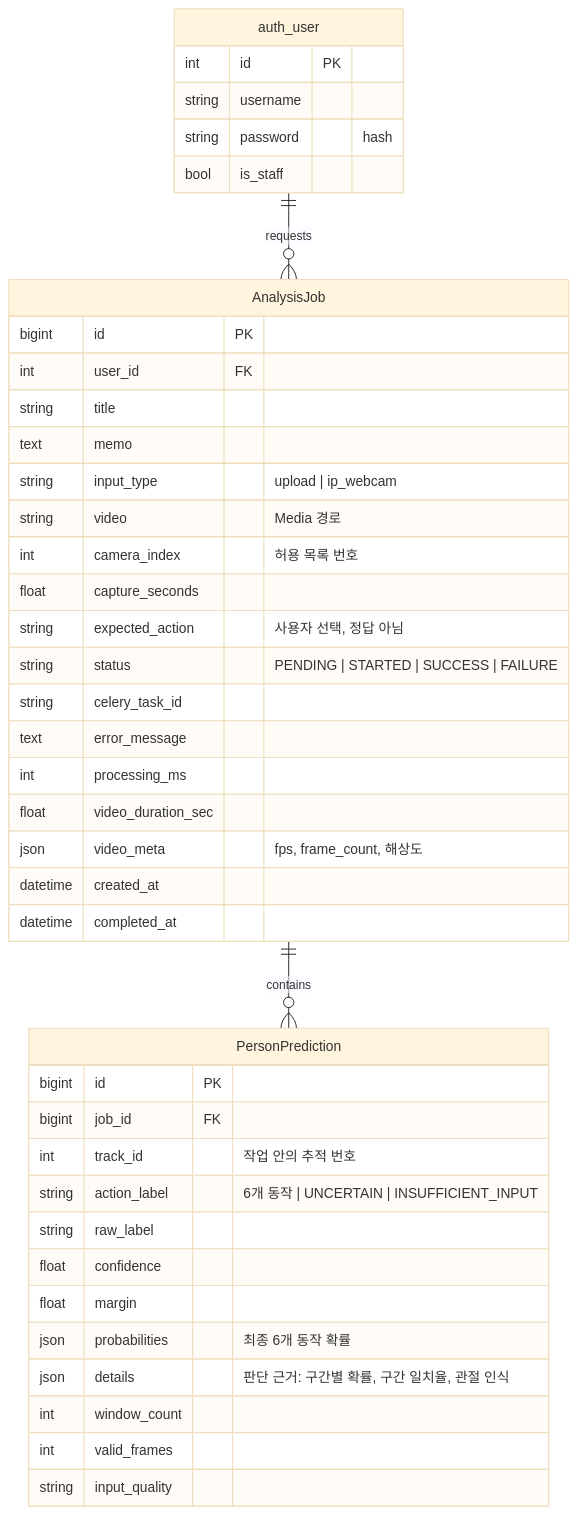
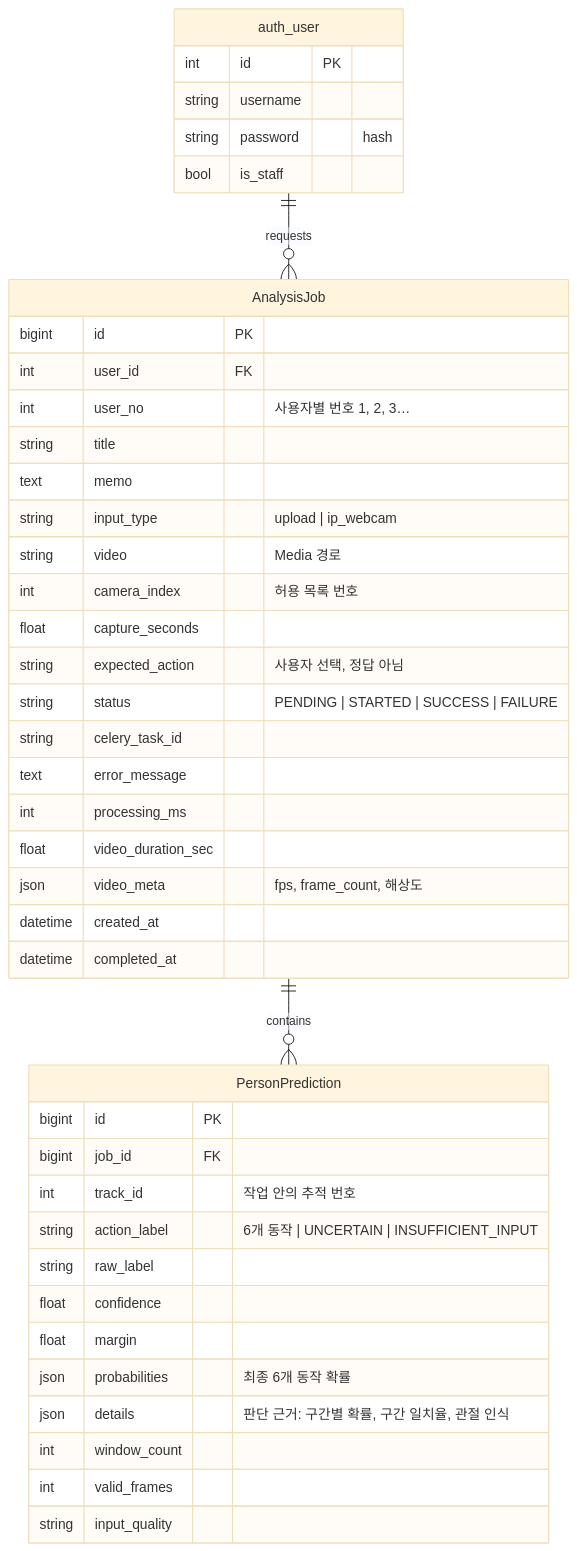
Before and after one commit to hxxdxm/vision_action_platform: the second of 3 diagrams in README.md, drawn with Mermaid (base theme). The commit also changed other lines of this file and 4 other files, not shown here.

````diff
--- a/README.md
+++ b/README.md
@@ -135,44 +135,45 @@
 ```mermaid
 erDiagram
     auth_user ||--o{ AnalysisJob : "requests"
     AnalysisJob ||--o{ PersonPrediction : "contains"
     auth_user {
         int id PK
         string username
         string password "hash"
         bool is_staff
     }
     AnalysisJob {
         bigint id PK
         int user_id FK
+        int user_no "사용자별 번호 1, 2, 3…"
         string title
         text memo
         string input_type "upload | ip_webcam"
         string video "Media 경로"
         int camera_index "허용 목록 번호"
         float capture_seconds
         string expected_action "사용자 선택, 정답 아님"
         string status "PENDING | STARTED | SUCCESS | FAILURE"
         string celery_task_id
         text error_message
         int processing_ms
         float video_duration_sec
         json video_meta "fps, frame_count, 해상도"
         datetime created_at
         datetime completed_at
     }
     PersonPrediction {
         bigint id PK
         bigint job_id FK
         int track_id "작업 안의 추적 번호"
         string action_label "6개 동작 | UNCERTAIN | INSUFFICIENT_INPUT"
         string raw_label
         float confidence
         float margin
         json probabilities "최종 6개 동작 확률"
         json details "판단 근거: 구간별 확률, 구간 일치율, 관절 인식"
         int window_count
         int valid_frames
         string input_quality
     }
 ```
````
